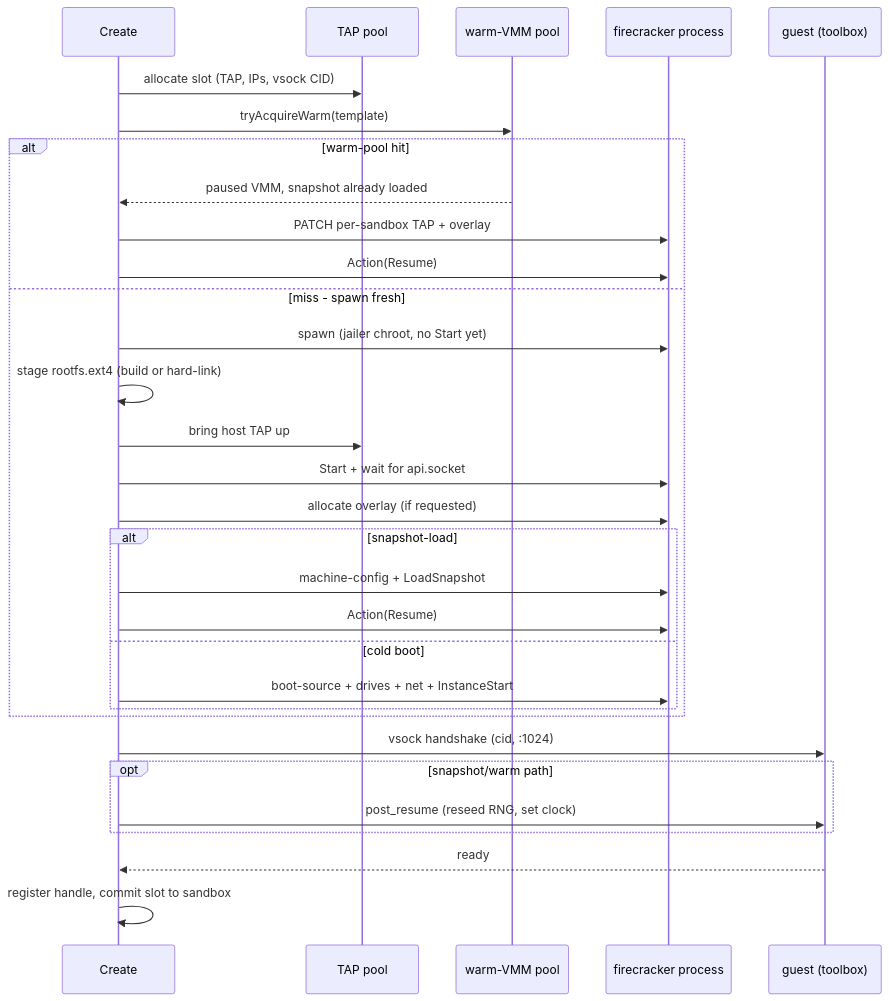
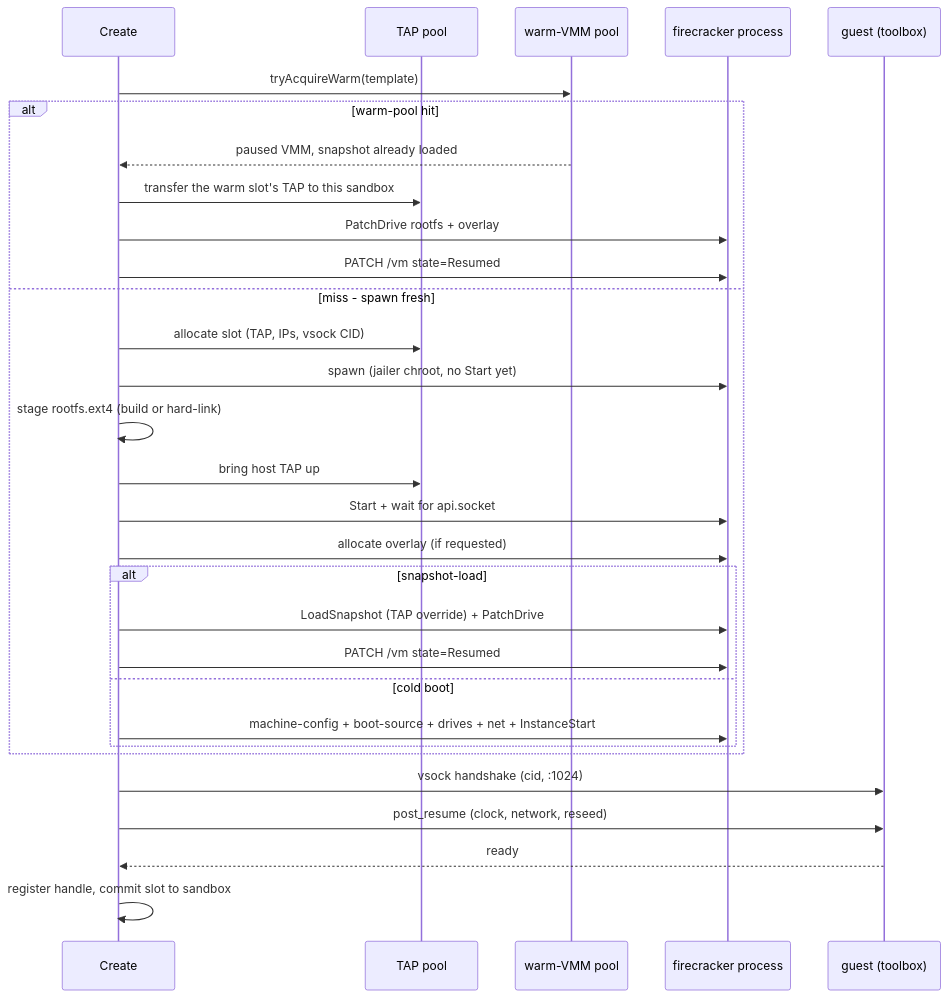
One commit to aerol-ai/microvm changed the third of 3 diagrams in docs/src/content/docs/firecracker-architecture.mdx. Above: the diagram before and after it, drawn with Mermaid. The commit also changed other lines of this file and 85 other files, not shown here.

````diff
--- a/docs/src/content/docs/firecracker-architecture.mdx
+++ b/docs/src/content/docs/firecracker-architecture.mdx
@@ -149,34 +117,33 @@
 ```mermaid
 sequenceDiagram
     participant C as Create
     participant TAP as TAP pool
     participant W as warm-VMM pool
     participant FC as firecracker process
     participant G as guest (toolbox)
 
-    C->>TAP: allocate slot (TAP, IPs, vsock CID)
     C->>W: tryAcquireWarm(template)
     alt warm-pool hit
         W-->>C: paused VMM, snapshot already loaded
-        C->>FC: PATCH per-sandbox TAP + overlay
-        C->>FC: Action(Resume)
+        C->>TAP: transfer the warm slot's TAP to this sandbox
+        C->>FC: PatchDrive rootfs + overlay
+        C->>FC: PATCH /vm state=Resumed
     else miss - spawn fresh
+        C->>TAP: allocate slot (TAP, IPs, vsock CID)
         C->>FC: spawn (jailer chroot, no Start yet)
         C->>C: stage rootfs.ext4 (build or hard-link)
         C->>TAP: bring host TAP up
         C->>FC: Start + wait for api.socket
         C->>FC: allocate overlay (if requested)
         alt snapshot-load
-            C->>FC: machine-config + LoadSnapshot
-            C->>FC: Action(Resume)
+            C->>FC: LoadSnapshot (TAP override) + PatchDrive
+            C->>FC: PATCH /vm state=Resumed
         else cold boot
-            C->>FC: boot-source + drives + net + InstanceStart
+            C->>FC: machine-config + boot-source + drives + net + InstanceStart
         end
     end
     C->>G: vsock handshake (cid, :1024)
-    opt snapshot/warm path
-        C->>G: post_resume (reseed RNG, set clock)
-    end
+    C->>G: post_resume (clock, network, reseed)
     G-->>C: ready
     C->>C: register handle, commit slot to sandbox
 ```
````
